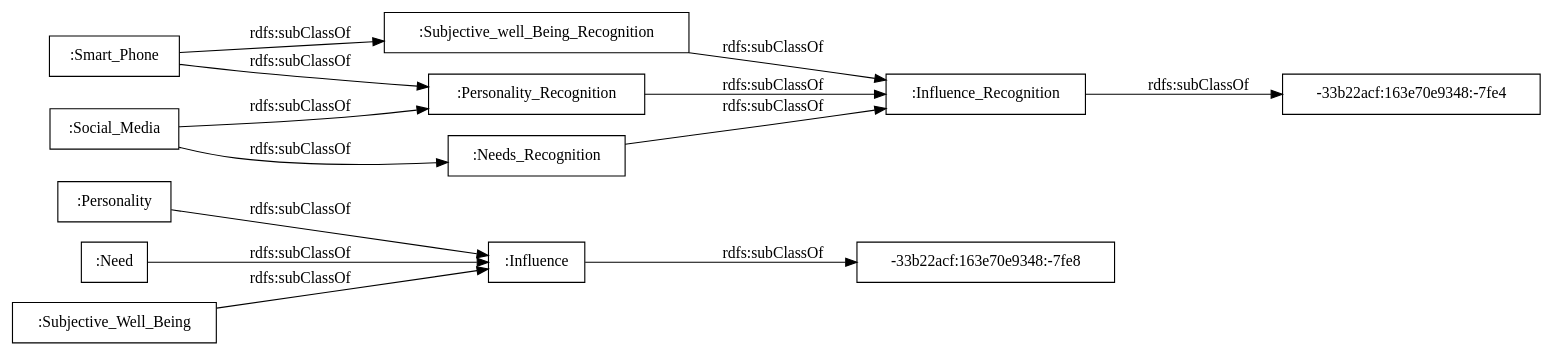
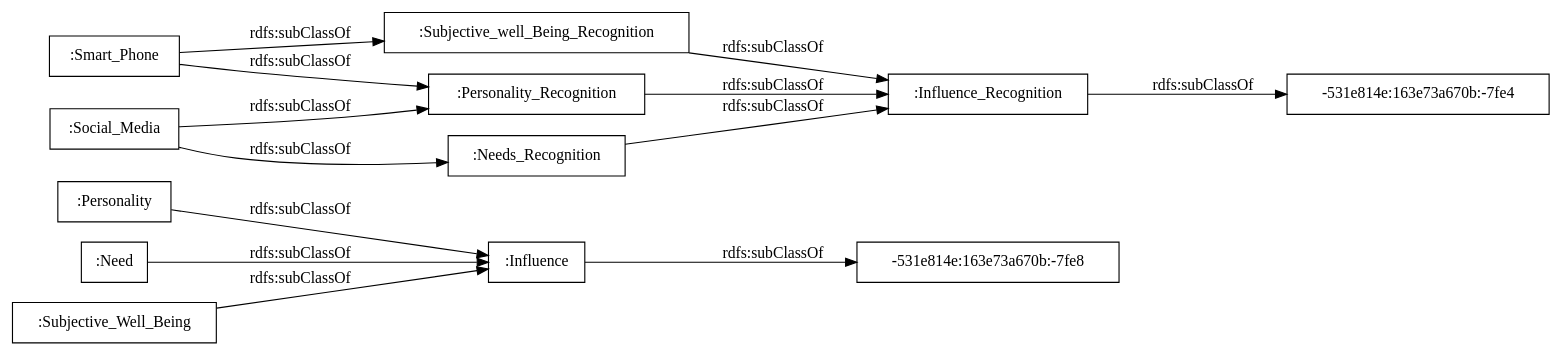
One commit to rana-othman/HASIO-Modularization changed the diagram in OnToology/Influence_Recognition_Module.owl/diagrams/ar2dtool-taxonomy/Influence_Recognition_Module.owl.png.dot. Above: the diagram before and after it, drawn with Graphviz. The commit also changed 44 other files, not shown here.

```diff
--- a/OnToology/Influence_Recognition_Module.owl/diagrams/ar2dtool-taxonomy/Influence_Recognition_Module.owl.png.dot
+++ b/OnToology/Influence_Recognition_Module.owl/diagrams/ar2dtool-taxonomy/Influence_Recognition_Module.owl.png.dot
@@ -1,18 +1,18 @@
 digraph ar2dtool_diagram { 
 rankdir=LR;
 size="1000"
-node [shape = rectangle, color="black"]; ":Personality" ":Need" "-33b22acf:163e70e9348:-7fe8" ":Needs_Recognition" ":Subjective_Well_Being" "-33b22acf:163e70e9348:-7fe4" ":Subjective_well_Being_Recognition" ":Personality_Recognition" ":Influence" ":Smart_Phone" ":Social_Media" ":Influence_Recognition" ; /*classes style*/
-	":Influence" -> "-33b22acf:163e70e9348:-7fe8" [ label = "rdfs:subClassOf" ];
+node [shape = rectangle, color="black"]; "-531e814e:163e73a670b:-7fe8" ":Personality" ":Need" ":Needs_Recognition" ":Subjective_Well_Being" "-531e814e:163e73a670b:-7fe4" ":Subjective_well_Being_Recognition" ":Personality_Recognition" ":Influence" ":Smart_Phone" ":Social_Media" ":Influence_Recognition" ; /*classes style*/
+	":Influence" -> "-531e814e:163e73a670b:-7fe8" [ label = "rdfs:subClassOf" ];
 	":Subjective_well_Being_Recognition" -> ":Influence_Recognition" [ label = "rdfs:subClassOf" ];
 	":Subjective_Well_Being" -> ":Influence" [ label = "rdfs:subClassOf" ];
 	":Need" -> ":Influence" [ label = "rdfs:subClassOf" ];
 	":Needs_Recognition" -> ":Influence_Recognition" [ label = "rdfs:subClassOf" ];
 	":Social_Media" -> ":Personality_Recognition" [ label = "rdfs:subClassOf" ];
 	":Social_Media" -> ":Needs_Recognition" [ label = "rdfs:subClassOf" ];
 	":Personality_Recognition" -> ":Influence_Recognition" [ label = "rdfs:subClassOf" ];
 	":Personality" -> ":Influence" [ label = "rdfs:subClassOf" ];
-	":Influence_Recognition" -> "-33b22acf:163e70e9348:-7fe4" [ label = "rdfs:subClassOf" ];
+	":Influence_Recognition" -> "-531e814e:163e73a670b:-7fe4" [ label = "rdfs:subClassOf" ];
 	":Smart_Phone" -> ":Subjective_well_Being_Recognition" [ label = "rdfs:subClassOf" ];
 	":Smart_Phone" -> ":Personality_Recognition" [ label = "rdfs:subClassOf" ];
 
 }
```
